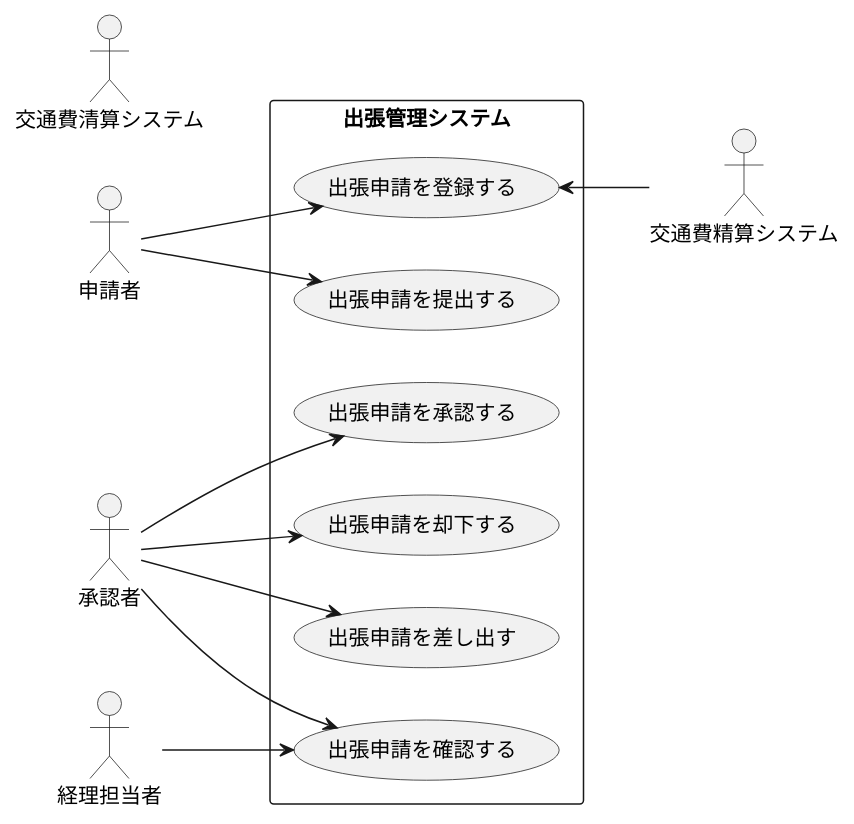
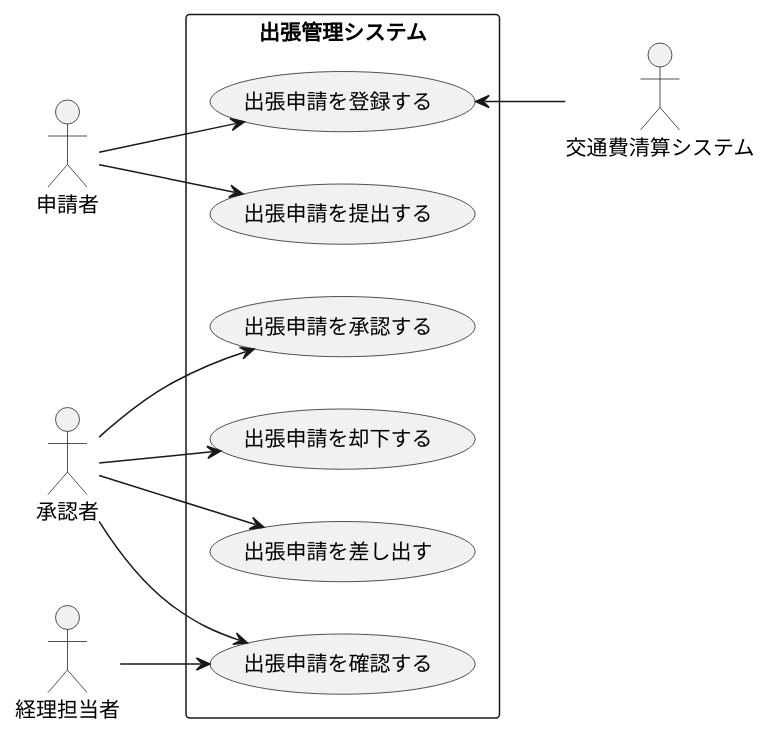
The diagram in 演習2-1_UM_出張管理システム.pu (kuboi0627/unl-introduction), drawn with PlantUML before and after one commit.

Commit message:
演習２－１

```diff
--- a/演習2-1_UM_出張管理システム.pu
+++ b/演習2-1_UM_出張管理システム.pu
@@ -1,23 +1,23 @@
 @startuml 演習2-1
 left to right direction
 actor 申請者
 actor 承認者
 actor 経理担当者
 actor 交通費清算システム
 rectangle 出張管理システム {
 usecase 出張申請を登録する  
 usecase 出張申請を提出する 
 usecase 出張申請を承認する 
 usecase 出張申請を却下する 
 usecase 出張申請を差し出す 
 usecase 出張申請を確認する 
 }
 申請者--> 出張申請を登録する
 申請者--> 出張申請を提出する
 承認者-->出張申請を承認する
 承認者-->出張申請を却下する
 承認者--> 出張申請を差し出す
 承認者 --> 出張申請を確認する
 経理担当者 -->出張申請を確認する
-出張申請を登録する <--交通費精算システム
+出張申請を登録する <--交通費清算システム
 @enduml
```
